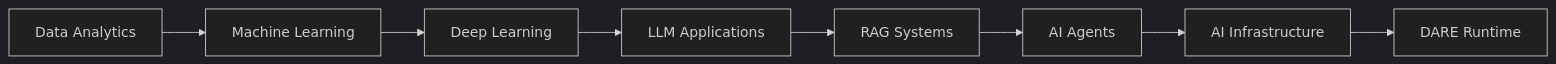
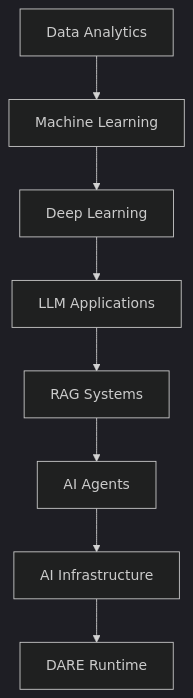
Before and after one commit to Nifras7/Nifras7: the second of 2 diagrams in README.md, drawn with Mermaid (dark theme). The commit also changed other lines of this file, not shown here.

````diff
--- a/README.md
+++ b/README.md
@@ -273,10 +239,10 @@
 ```mermaid
-flowchart LR
+flowchart TD
     A[Data Analytics] --> B[Machine Learning]
     B --> C[Deep Learning]
     C --> D[LLM Applications]
     D --> E[RAG Systems]
     E --> F[AI Agents]
     F --> G[AI Infrastructure]
     G --> H[DARE Runtime]
 ```
````
